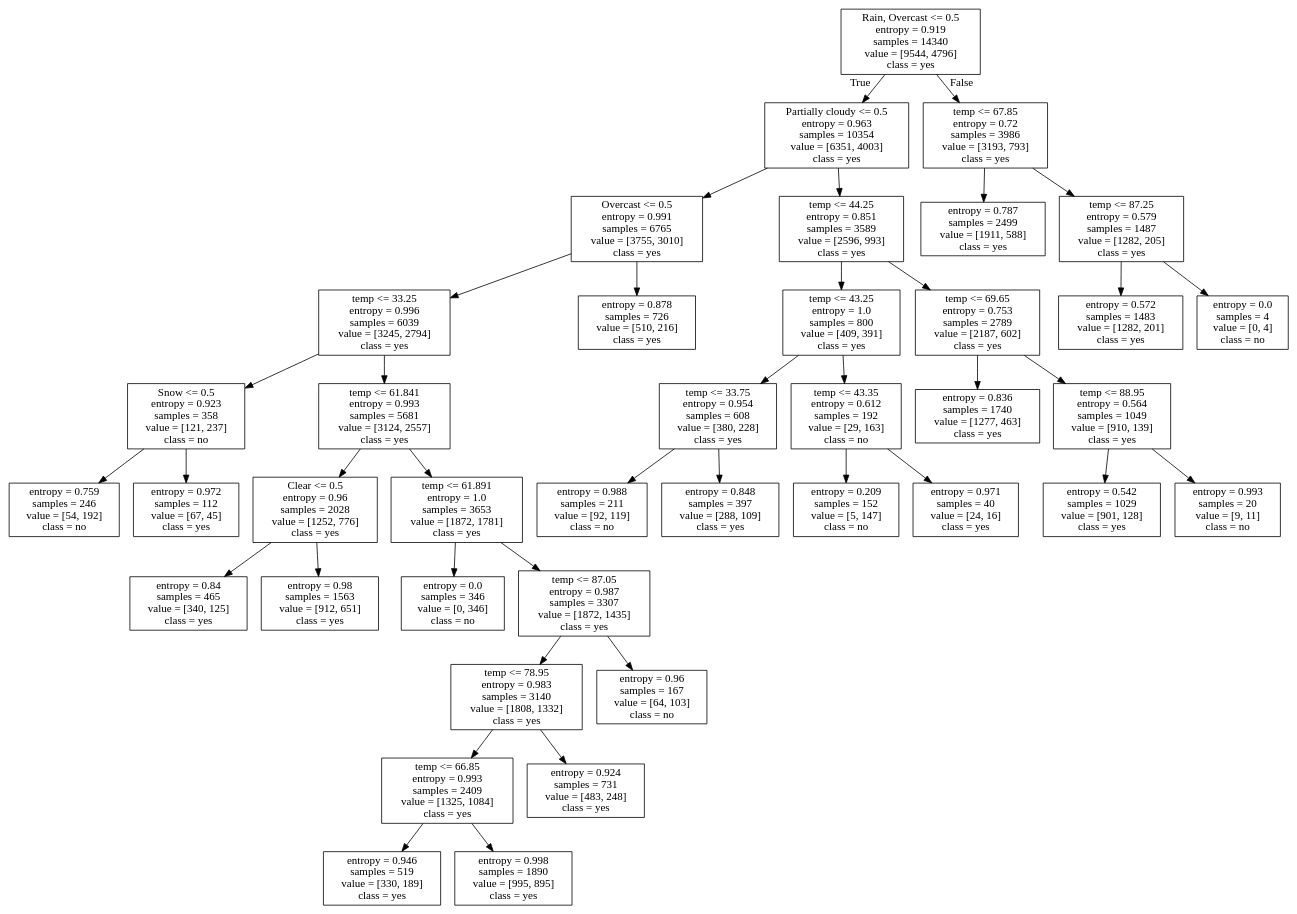
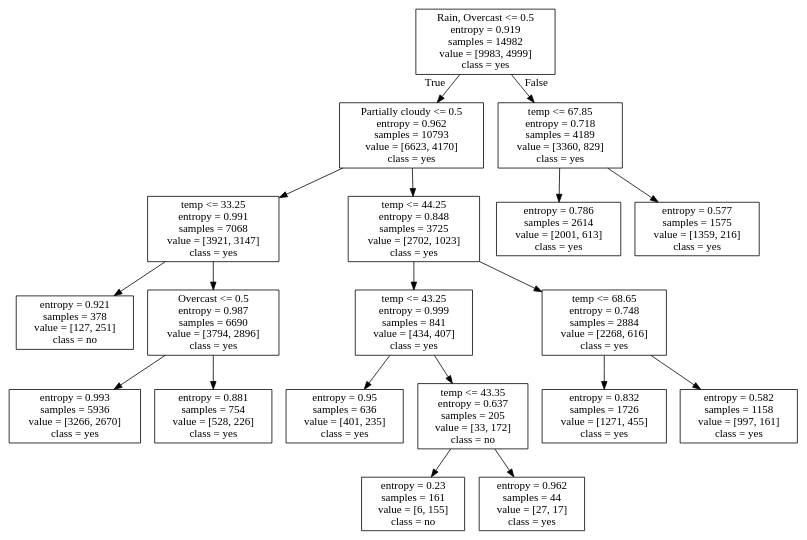
The diagram in Data/c50_n10.dot (giantmagellan/US-Wildfires), drawn with Graphviz before and after one commit. The commit also changed 3 other files, not shown here.

```diff
--- a/Data/c50_n10.dot
+++ b/Data/c50_n10.dot
@@ -1,80 +1,40 @@
 digraph Tree {
 node [shape=box] ;
-0 [label="Rain, Overcast <= 0.5\nentropy = 0.919\nsamples = 14340\nvalue = [9544, 4796]\nclass = yes"] ;
-1 [label="Partially cloudy <= 0.5\nentropy = 0.963\nsamples = 10354\nvalue = [6351, 4003]\nclass = yes"] ;
+0 [label="Rain, Overcast <= 0.5\nentropy = 0.919\nsamples = 14982\nvalue = [9983, 4999]\nclass = yes"] ;
+1 [label="Partially cloudy <= 0.5\nentropy = 0.962\nsamples = 10793\nvalue = [6623, 4170]\nclass = yes"] ;
 0 -> 1 [labeldistance=2.5, labelangle=45, headlabel="True"] ;
-3 [label="Overcast <= 0.5\nentropy = 0.991\nsamples = 6765\nvalue = [3755, 3010]\nclass = yes"] ;
+3 [label="temp <= 33.25\nentropy = 0.991\nsamples = 7068\nvalue = [3921, 3147]\nclass = yes"] ;
 1 -> 3 ;
-9 [label="temp <= 33.25\nentropy = 0.996\nsamples = 6039\nvalue = [3245, 2794]\nclass = yes"] ;
+9 [label="entropy = 0.921\nsamples = 378\nvalue = [127, 251]\nclass = no"] ;
 3 -> 9 ;
-15 [label="Snow <= 0.5\nentropy = 0.923\nsamples = 358\nvalue = [121, 237]\nclass = no"] ;
-9 -> 15 ;
-25 [label="entropy = 0.759\nsamples = 246\nvalue = [54, 192]\nclass = no"] ;
-15 -> 25 ;
-26 [label="entropy = 0.972\nsamples = 112\nvalue = [67, 45]\nclass = yes"] ;
-15 -> 26 ;
-16 [label="temp <= 61.841\nentropy = 0.993\nsamples = 5681\nvalue = [3124, 2557]\nclass = yes"] ;
-9 -> 16 ;
-17 [label="Clear <= 0.5\nentropy = 0.96\nsamples = 2028\nvalue = [1252, 776]\nclass = yes"] ;
-16 -> 17 ;
-27 [label="entropy = 0.84\nsamples = 465\nvalue = [340, 125]\nclass = yes"] ;
-17 -> 27 ;
-28 [label="entropy = 0.98\nsamples = 1563\nvalue = [912, 651]\nclass = yes"] ;
-17 -> 28 ;
-18 [label="temp <= 61.891\nentropy = 1.0\nsamples = 3653\nvalue = [1872, 1781]\nclass = yes"] ;
-16 -> 18 ;
-19 [label="entropy = 0.0\nsamples = 346\nvalue = [0, 346]\nclass = no"] ;
-18 -> 19 ;
-20 [label="temp <= 87.05\nentropy = 0.987\nsamples = 3307\nvalue = [1872, 1435]\nclass = yes"] ;
-18 -> 20 ;
-29 [label="temp <= 78.95\nentropy = 0.983\nsamples = 3140\nvalue = [1808, 1332]\nclass = yes"] ;
-20 -> 29 ;
-31 [label="temp <= 66.85\nentropy = 0.993\nsamples = 2409\nvalue = [1325, 1084]\nclass = yes"] ;
-29 -> 31 ;
-35 [label="entropy = 0.946\nsamples = 519\nvalue = [330, 189]\nclass = yes"] ;
-31 -> 35 ;
-36 [label="entropy = 0.998\nsamples = 1890\nvalue = [995, 895]\nclass = yes"] ;
-31 -> 36 ;
-32 [label="entropy = 0.924\nsamples = 731\nvalue = [483, 248]\nclass = yes"] ;
-29 -> 32 ;
-30 [label="entropy = 0.96\nsamples = 167\nvalue = [64, 103]\nclass = no"] ;
-20 -> 30 ;
-10 [label="entropy = 0.878\nsamples = 726\nvalue = [510, 216]\nclass = yes"] ;
+10 [label="Overcast <= 0.5\nentropy = 0.987\nsamples = 6690\nvalue = [3794, 2896]\nclass = yes"] ;
 3 -> 10 ;
-4 [label="temp <= 44.25\nentropy = 0.851\nsamples = 3589\nvalue = [2596, 993]\nclass = yes"] ;
+15 [label="entropy = 0.993\nsamples = 5936\nvalue = [3266, 2670]\nclass = yes"] ;
+10 -> 15 ;
+16 [label="entropy = 0.881\nsamples = 754\nvalue = [528, 226]\nclass = yes"] ;
+10 -> 16 ;
+4 [label="temp <= 44.25\nentropy = 0.848\nsamples = 3725\nvalue = [2702, 1023]\nclass = yes"] ;
 1 -> 4 ;
-5 [label="temp <= 43.25\nentropy = 1.0\nsamples = 800\nvalue = [409, 391]\nclass = yes"] ;
+5 [label="temp <= 43.25\nentropy = 0.999\nsamples = 841\nvalue = [434, 407]\nclass = yes"] ;
 4 -> 5 ;
-7 [label="temp <= 33.75\nentropy = 0.954\nsamples = 608\nvalue = [380, 228]\nclass = yes"] ;
+7 [label="entropy = 0.95\nsamples = 636\nvalue = [401, 235]\nclass = yes"] ;
 5 -> 7 ;
-23 [label="entropy = 0.988\nsamples = 211\nvalue = [92, 119]\nclass = no"] ;
-7 -> 23 ;
-24 [label="entropy = 0.848\nsamples = 397\nvalue = [288, 109]\nclass = yes"] ;
-7 -> 24 ;
-8 [label="temp <= 43.35\nentropy = 0.612\nsamples = 192\nvalue = [29, 163]\nclass = no"] ;
+8 [label="temp <= 43.35\nentropy = 0.637\nsamples = 205\nvalue = [33, 172]\nclass = no"] ;
 5 -> 8 ;
-13 [label="entropy = 0.209\nsamples = 152\nvalue = [5, 147]\nclass = no"] ;
-8 -> 13 ;
-14 [label="entropy = 0.971\nsamples = 40\nvalue = [24, 16]\nclass = yes"] ;
-8 -> 14 ;
-6 [label="temp <= 69.65\nentropy = 0.753\nsamples = 2789\nvalue = [2187, 602]\nclass = yes"] ;
+11 [label="entropy = 0.23\nsamples = 161\nvalue = [6, 155]\nclass = no"] ;
+8 -> 11 ;
+12 [label="entropy = 0.962\nsamples = 44\nvalue = [27, 17]\nclass = yes"] ;
+8 -> 12 ;
+6 [label="temp <= 68.65\nentropy = 0.748\nsamples = 2884\nvalue = [2268, 616]\nclass = yes"] ;
 4 -> 6 ;
-11 [label="entropy = 0.836\nsamples = 1740\nvalue = [1277, 463]\nclass = yes"] ;
-6 -> 11 ;
-12 [label="temp <= 88.95\nentropy = 0.564\nsamples = 1049\nvalue = [910, 139]\nclass = yes"] ;
-6 -> 12 ;
-33 [label="entropy = 0.542\nsamples = 1029\nvalue = [901, 128]\nclass = yes"] ;
-12 -> 33 ;
-34 [label="entropy = 0.993\nsamples = 20\nvalue = [9, 11]\nclass = no"] ;
-12 -> 34 ;
-2 [label="temp <= 67.85\nentropy = 0.72\nsamples = 3986\nvalue = [3193, 793]\nclass = yes"] ;
+13 [label="entropy = 0.832\nsamples = 1726\nvalue = [1271, 455]\nclass = yes"] ;
+6 -> 13 ;
+14 [label="entropy = 0.582\nsamples = 1158\nvalue = [997, 161]\nclass = yes"] ;
+6 -> 14 ;
+2 [label="temp <= 67.85\nentropy = 0.718\nsamples = 4189\nvalue = [3360, 829]\nclass = yes"] ;
 0 -> 2 [labeldistance=2.5, labelangle=-45, headlabel="False"] ;
-21 [label="entropy = 0.787\nsamples = 2499\nvalue = [1911, 588]\nclass = yes"] ;
-2 -> 21 ;
-22 [label="temp <= 87.25\nentropy = 0.579\nsamples = 1487\nvalue = [1282, 205]\nclass = yes"] ;
-2 -> 22 ;
-37 [label="entropy = 0.572\nsamples = 1483\nvalue = [1282, 201]\nclass = yes"] ;
-22 -> 37 ;
-38 [label="entropy = 0.0\nsamples = 4\nvalue = [0, 4]\nclass = no"] ;
-22 -> 38 ;
+17 [label="entropy = 0.786\nsamples = 2614\nvalue = [2001, 613]\nclass = yes"] ;
+2 -> 17 ;
+18 [label="entropy = 0.577\nsamples = 1575\nvalue = [1359, 216]\nclass = yes"] ;
+2 -> 18 ;
 }
```
